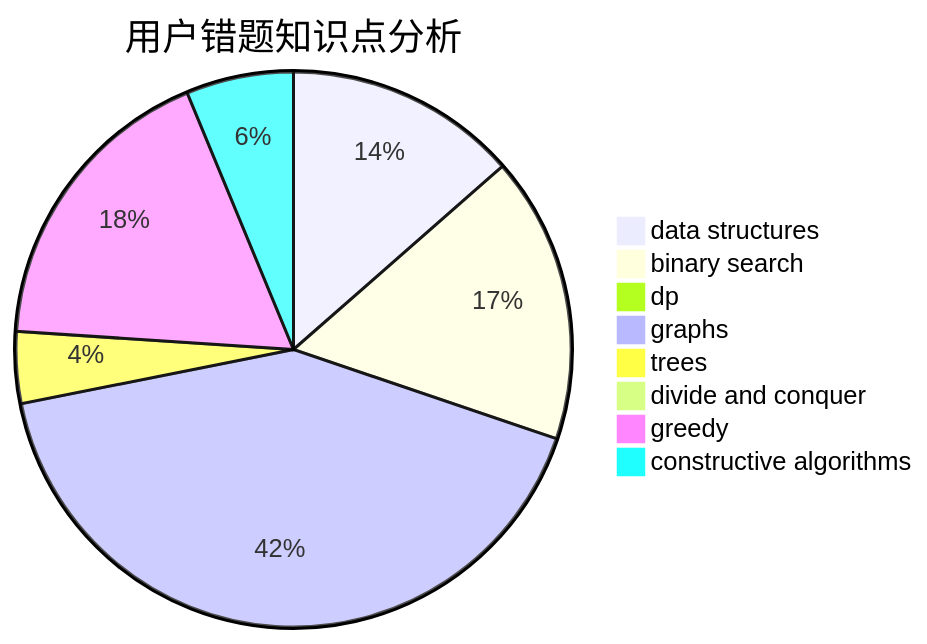
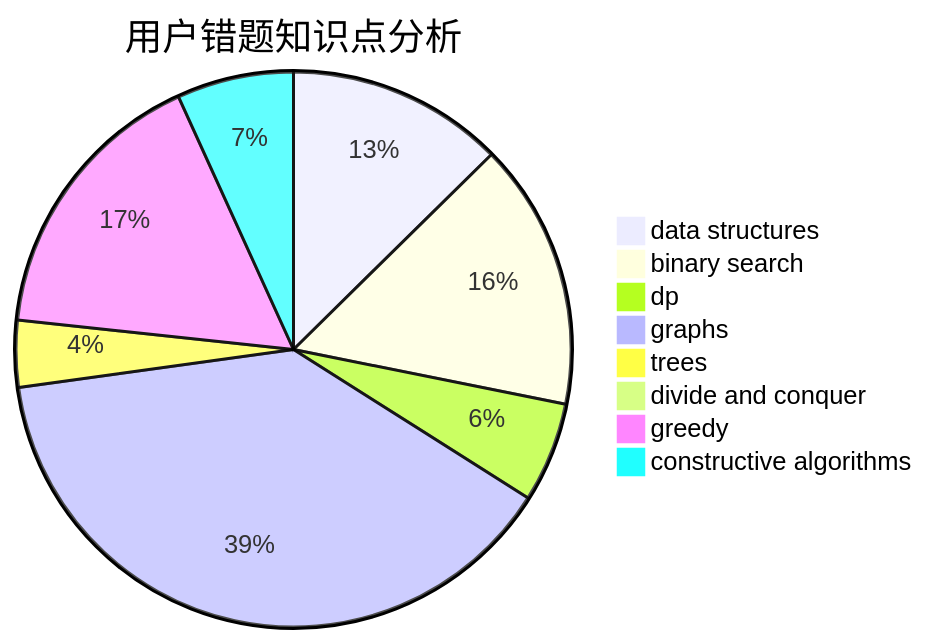
One commit to sherpahu/cfrs.github.io changed the third of 3 diagrams in docs/user/u1150.md. Above: the diagram before and after it, drawn with Mermaid. The commit also changed other lines of this file and 2770 other files, not shown here.

````diff
--- a/docs/user/u1150.md
+++ b/docs/user/u1150.md
@@ -36,11 +36,11 @@
 ```mermaid
 pie title 用户错题知识点分析
     "data structures" :  13
     "binary search" :  16
-    "dp" :  0
+    "dp" :  6
     "graphs" :  40
     "trees" :  4
     "divide and conquer" :  0
     "greedy" :  17
-    "constructive algorithms" :  6
+    "constructive algorithms" :  7
 ```
````
